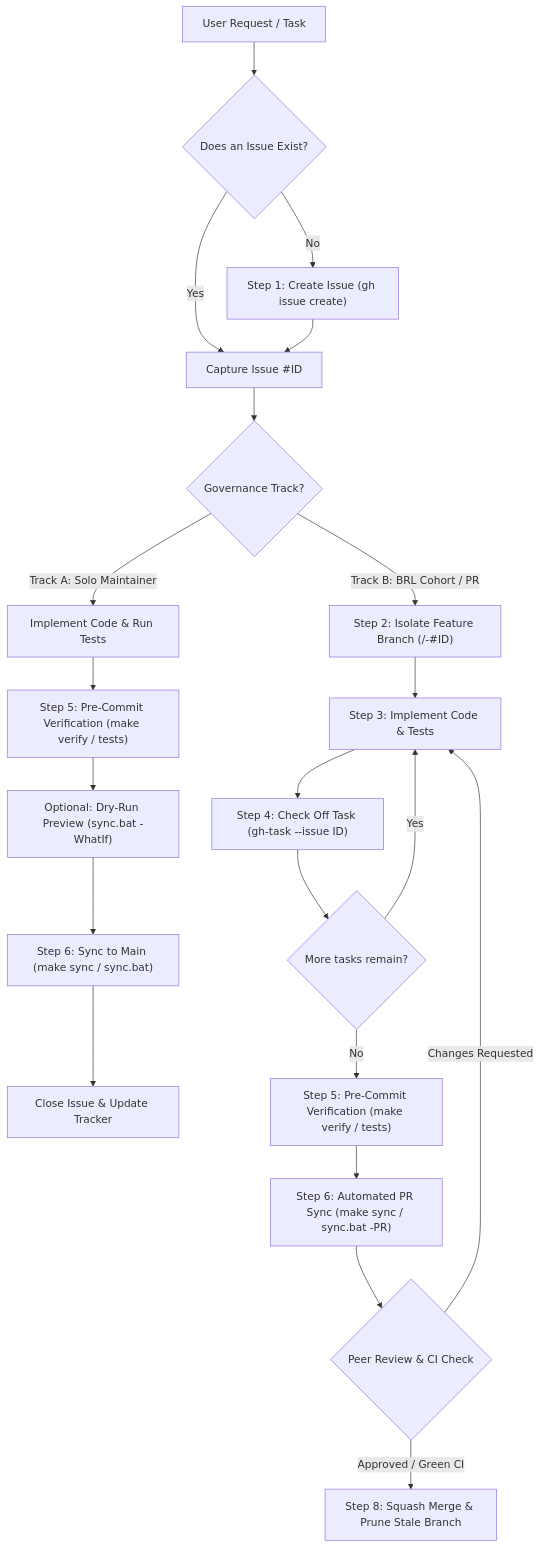
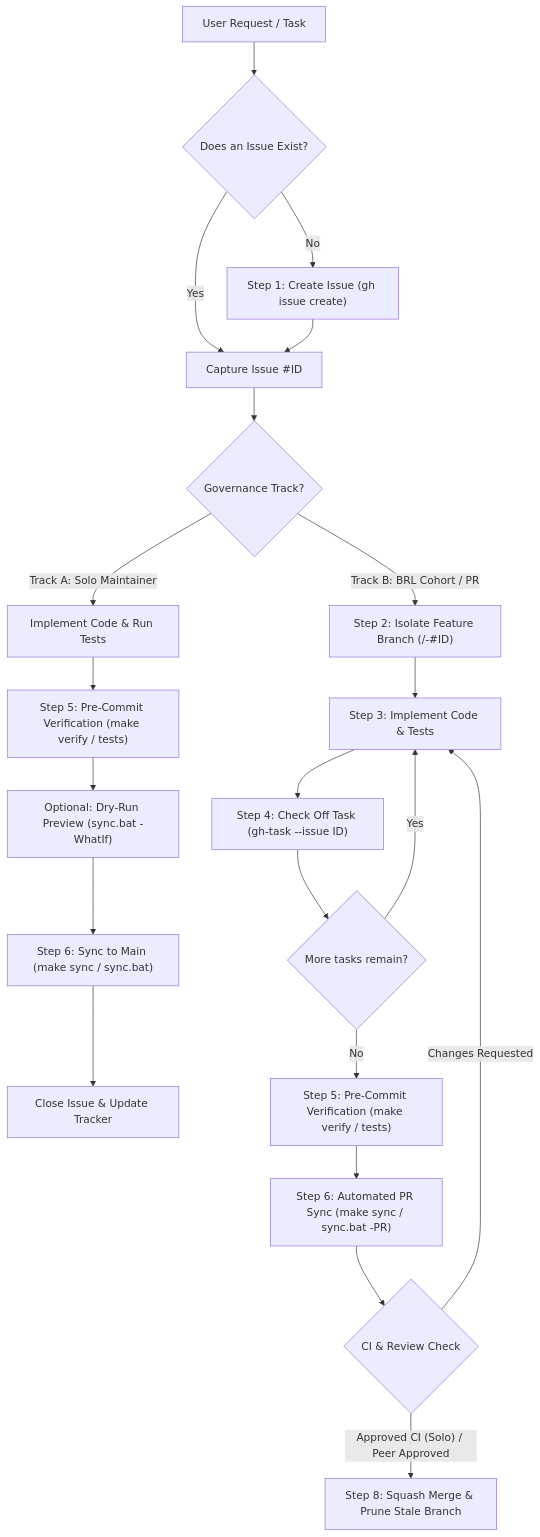
Before and after one commit to Aaradhya-Dev-Tamrakar/brainstorm: the diagram in tools/skills/github-workflow/SKILL.md, drawn with Mermaid. The commit also changed other lines of this file and 6 other files, not shown here.

````diff
--- a/tools/skills/github-workflow/SKILL.md
+++ b/tools/skills/github-workflow/SKILL.md
@@ -51,28 +56,28 @@
 ```mermaid
 flowchart TD
     Start["User Request / Task"] --> CheckIssue{"Does an Issue Exist?"}
     CheckIssue -- No --> CreateIssue["Step 1: Create Issue (gh issue create)"]
     CheckIssue -- Yes --> GetIssue["Capture Issue #ID"]
     CreateIssue --> GetIssue
     
     GetIssue --> TrackChoice{"Governance Track?"}
     
     %% Track A: Solo Maintainer Velocity Bridge
     TrackChoice -- "Track A: Solo Maintainer" --> CodeA["Implement Code & Run Tests"]
     CodeA --> VerifyA["Step 5: Pre-Commit Verification (make verify / tests)"]
     VerifyA --> PreviewA["Optional: Dry-Run Preview (sync.bat -WhatIf)"]
     PreviewA --> SyncA["Step 6: Sync to Main (make sync / sync.bat)"]
     SyncA --> DoneA["Close Issue & Update Tracker"]
     
     %% Track B: BRL Cohort & Contributor Standard
     TrackChoice -- "Track B: BRL Cohort / PR" --> Branch["Step 2: Isolate Feature Branch (<type>/<slug>-#ID)"]
     Branch --> CodeB["Step 3: Implement Code & Tests"]
     CodeB --> Track["Step 4: Check Off Task (gh-task --issue ID)"]
     Track --> More{"More tasks remain?"}
     More -- Yes --> CodeB
     More -- No --> VerifyB["Step 5: Pre-Commit Verification (make verify / tests)"]
     VerifyB --> PRSync["Step 6: Automated PR Sync (make sync / sync.bat -PR)"]
-    PRSync --> Review{"Peer Review & CI Check"}
+    PRSync --> Review{"CI & Review Check"}
     Review -- Changes Requested --> CodeB
-    Review -- Approved / Green CI --> Merge["Step 8: Squash Merge & Prune Stale Branch"]
+    Review -- "Approved CI (Solo) / Peer Approved" --> Merge["Step 8: Squash Merge & Prune Stale Branch"]
 ```
````
